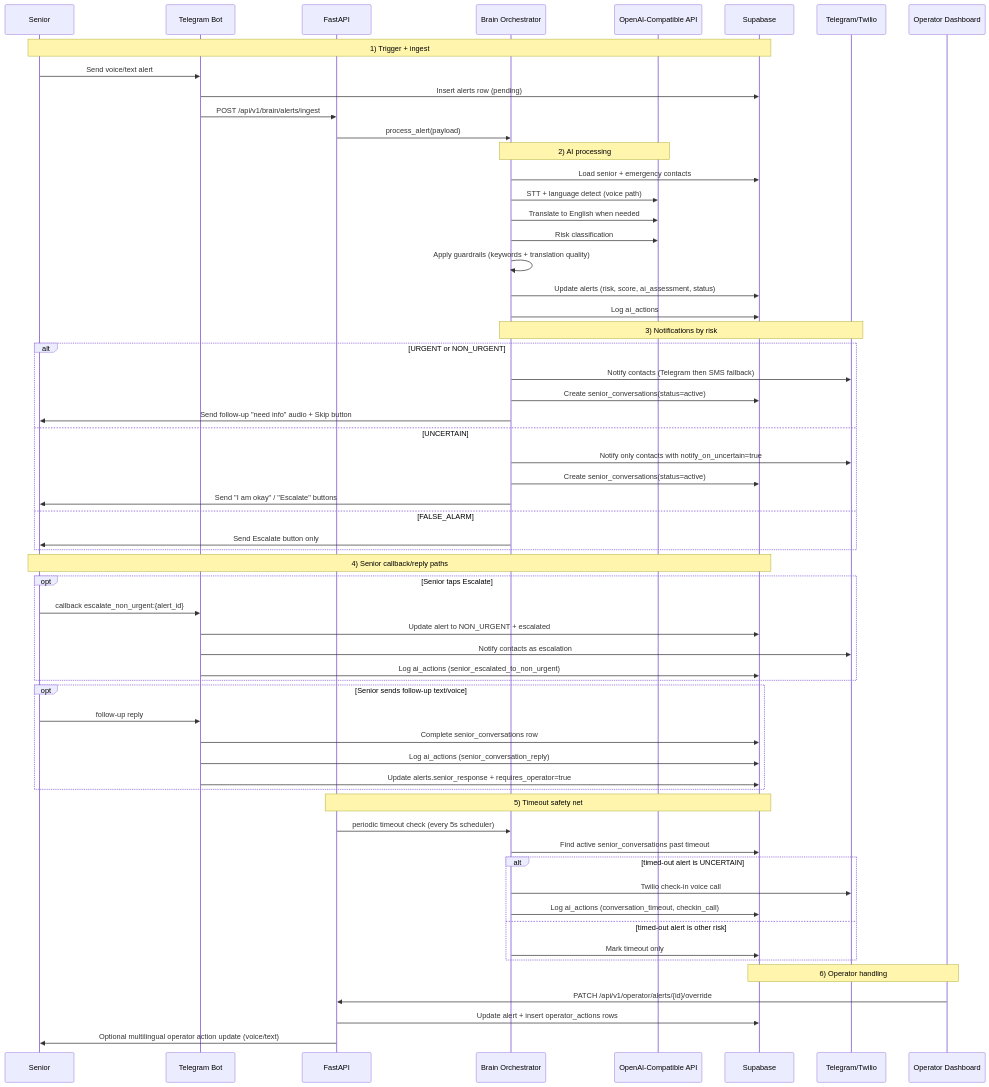
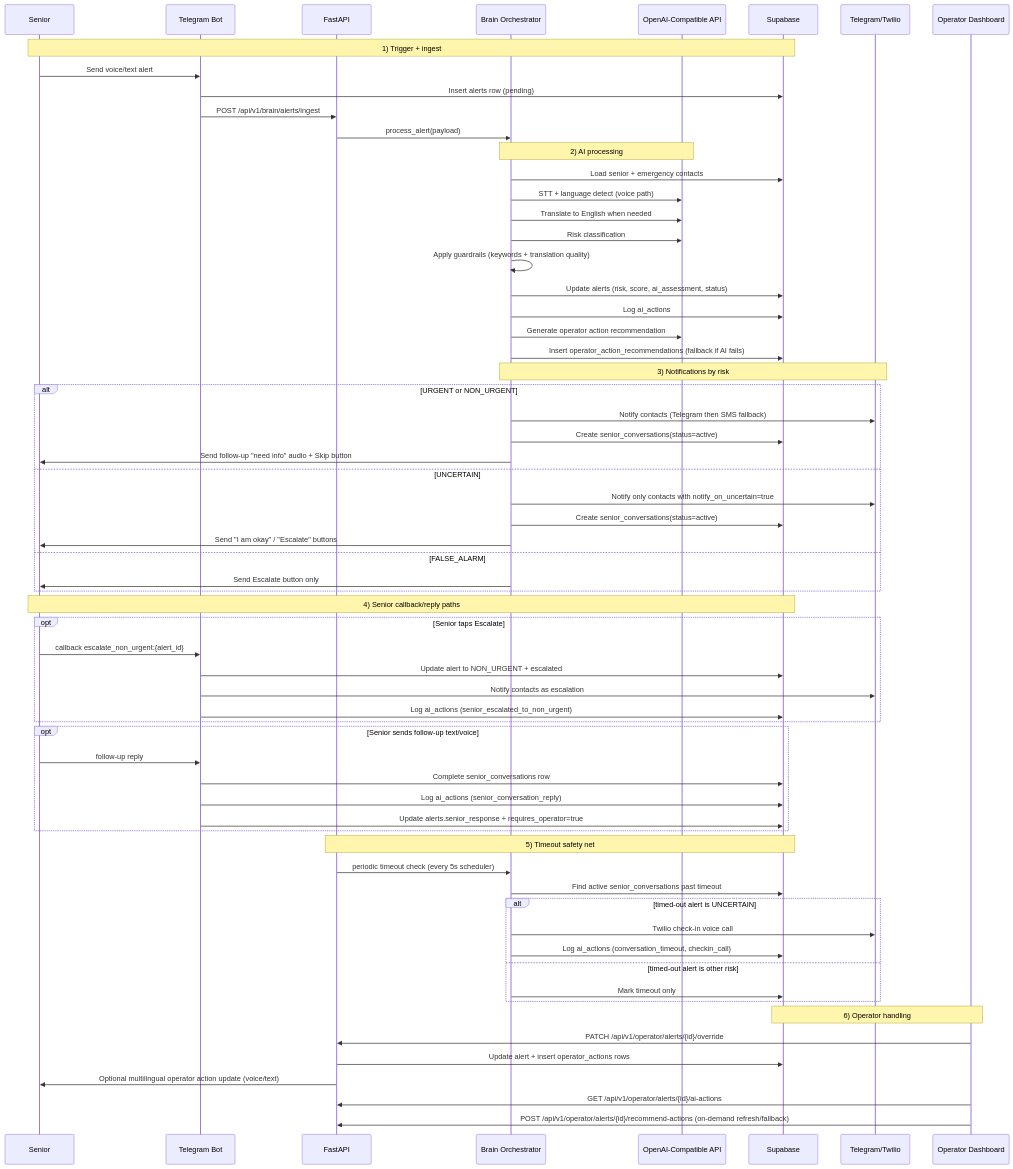
The second of 3 diagrams in flowchart.md (brucewzj99/PersonalAlertPlus), drawn with Mermaid before and after one commit. The commit also changed other lines of this file and 25 other files, not shown here.

````diff
--- a/flowchart.md
+++ b/flowchart.md
@@ -112,69 +122,73 @@
 ```mermaid
 sequenceDiagram
     participant Senior
     participant Bot as Telegram Bot
     participant API as FastAPI
     participant Brain as Brain Orchestrator
     participant AI as OpenAI-Compatible API
     participant DB as Supabase
     participant Notify as Telegram/Twilio
     participant Ops as Operator Dashboard
 
     Note over Senior,DB: 1) Trigger + ingest
     Senior->>Bot: Send voice/text alert
     Bot->>DB: Insert alerts row (pending)
     Bot->>API: POST /api/v1/brain/alerts/ingest
     API->>Brain: process_alert(payload)
 
     Note over Brain,AI: 2) AI processing
     Brain->>DB: Load senior + emergency contacts
     Brain->>AI: STT + language detect (voice path)
     Brain->>AI: Translate to English when needed
     Brain->>AI: Risk classification
     Brain->>Brain: Apply guardrails (keywords + translation quality)
     Brain->>DB: Update alerts (risk, score, ai_assessment, status)
     Brain->>DB: Log ai_actions
+    Brain->>AI: Generate operator action recommendation
+    Brain->>DB: Insert operator_action_recommendations (fallback if AI fails)
 
     Note over Brain,Notify: 3) Notifications by risk
     alt URGENT or NON_URGENT
         Brain->>Notify: Notify contacts (Telegram then SMS fallback)
         Brain->>DB: Create senior_conversations(status=active)
         Brain->>Senior: Send follow-up "need info" audio + Skip button
     else UNCERTAIN
         Brain->>Notify: Notify only contacts with notify_on_uncertain=true
         Brain->>DB: Create senior_conversations(status=active)
         Brain->>Senior: Send "I am okay" / "Escalate" buttons
     else FALSE_ALARM
         Brain->>Senior: Send Escalate button only
     end
 
     Note over Senior,DB: 4) Senior callback/reply paths
     opt Senior taps Escalate
         Senior->>Bot: callback escalate_non_urgent:{alert_id}
         Bot->>DB: Update alert to NON_URGENT + escalated
         Bot->>Notify: Notify contacts as escalation
         Bot->>DB: Log ai_actions (senior_escalated_to_non_urgent)
     end
 
     opt Senior sends follow-up text/voice
         Senior->>Bot: follow-up reply
         Bot->>DB: Complete senior_conversations row
         Bot->>DB: Log ai_actions (senior_conversation_reply)
         Bot->>DB: Update alerts.senior_response + requires_operator=true
     end
 
     Note over API,DB: 5) Timeout safety net
     API->>Brain: periodic timeout check (every 5s scheduler)
     Brain->>DB: Find active senior_conversations past timeout
     alt timed-out alert is UNCERTAIN
         Brain->>Notify: Twilio check-in voice call
         Brain->>DB: Log ai_actions (conversation_timeout, checkin_call)
     else timed-out alert is other risk
         Brain->>DB: Mark timeout only
     end
 
     Note over Ops,DB: 6) Operator handling
     Ops->>API: PATCH /api/v1/operator/alerts/{id}/override
     API->>DB: Update alert + insert operator_actions rows
     API->>Senior: Optional multilingual operator action update (voice/text)
+    Ops->>API: GET /api/v1/operator/alerts/{id}/ai-actions
+    Ops->>API: POST /api/v1/operator/alerts/{id}/recommend-actions (on-demand refresh/fallback)
 ```
````
